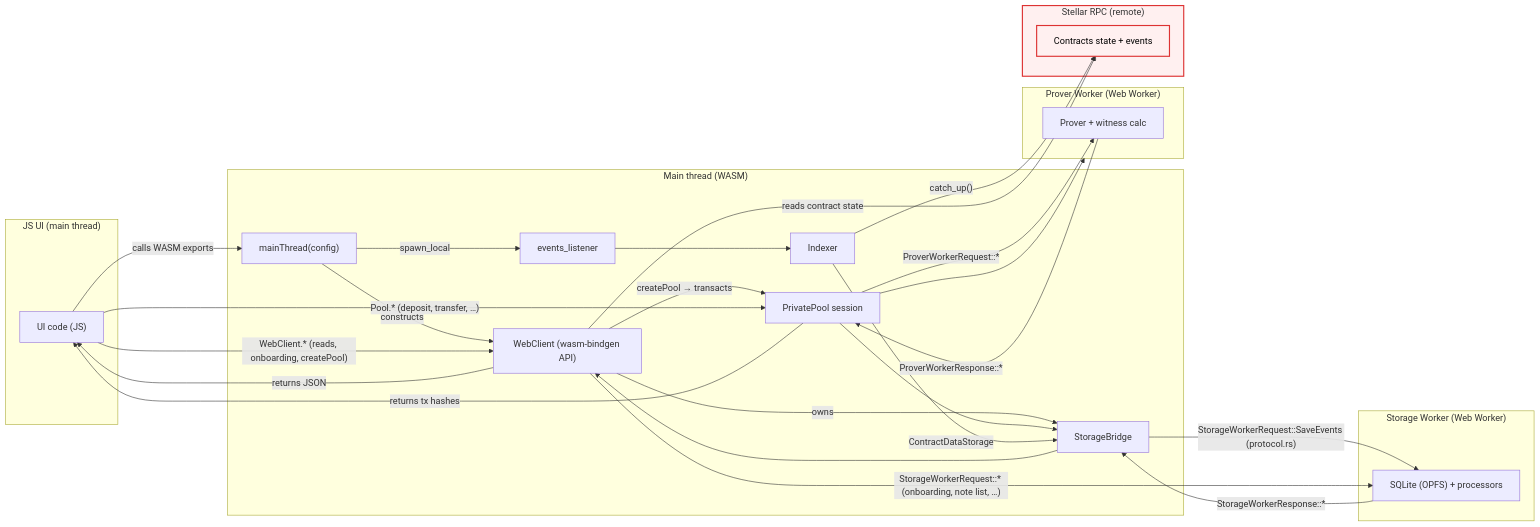
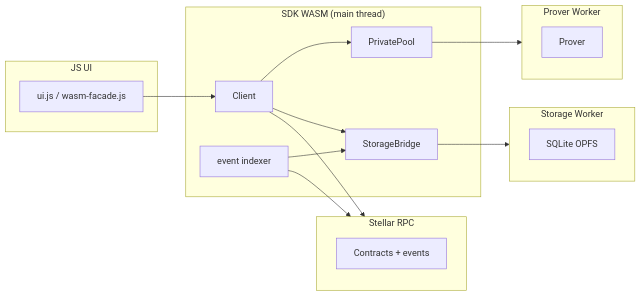
One commit to NethermindEth/stellar-private-payments changed the diagram in app/ARCHITECTURE.md. Above: the diagram before and after it, drawn with Mermaid. The commit also changed other lines of this file and 63 other files, not shown here.

````diff
--- a/app/ARCHITECTURE.md
+++ b/app/ARCHITECTURE.md
@@ -92,58 +51,34 @@
 ```mermaid
 flowchart LR
-  %% Main thread
-  subgraph JS["JS UI (main thread)"]
-    UI["UI code (JS)"]
+  subgraph JS["JS UI"]
+    UI["ui.js / wasm-facade.js"]
   end
 
-  subgraph WASM["Main thread (WASM)"]
-    MT["mainThread(config)"]
-    WC["WebClient (wasm-bindgen API)"]
-    PP["PrivatePool session"]
+  subgraph SDK["SDK WASM (main thread)"]
+    C["Client"]
+    P["PrivatePool"]
     SB["StorageBridge"]
-    EL["events_listener"]
-    IDX["Indexer"]
+    EL["event indexer"]
   end
 
-  %% Workers
-  subgraph SW["Storage Worker (Web Worker)"]
-    DB["SQLite (OPFS) + processors"]
+  subgraph SW["Storage Worker"]
+    DB["SQLite OPFS"]
   end
 
-  subgraph PW["Prover Worker (Web Worker)"]
-    PR["Prover + witness calc"]
+  subgraph PW["Prover Worker"]
+    PR["Prover"]
   end
 
-  %% Remote dependency (not local)
-  subgraph RPC["Stellar RPC (remote)"]
-    RPCAPI["Contracts state + events"]
+  subgraph RPC["Stellar RPC"]
+    RPCAPI["Contracts + events"]
   end
 
-  UI -->|"calls WASM exports"| MT
-  MT -->|"constructs"| WC
-  WC -->|"owns"| SB
-  WC -->|"createPool → transacts"| PP
-  PP --> SB
-  PP --> PW
-
-  MT -->|"spawn_local"| EL
-  EL --> IDX
-  IDX -->|"catch_up()"| RPCAPI
-  IDX -->|"ContractDataStorage"| SB
-  SB -->|"StorageWorkerRequest::SaveEvents (protocol.rs)"| DB
-
-  UI -->|"WebClient.* (reads, onboarding, createPool)"| WC
-  UI -->|"Pool.* (deposit, transfer, …)"| PP
-  WC -->|"reads contract state"| RPCAPI
-  WC -->|"StorageWorkerRequest::* (onboarding, note list, …)"| DB
-  PP -->|"ProverWorkerRequest::*"| PR
-  PR -->|"ProverWorkerResponse::*"| PP
-  DB -->|"StorageWorkerResponse::*"| SB
-  SB --> WC
-  WC -->|"returns JSON"| UI
-  PP -->|"returns tx hashes"| UI
-
-  classDef remote fill:#fff0f0,stroke:#d33,stroke-width:2px,color:#000;
-  style RPC fill:#fff0f0,stroke:#d33,stroke-width:2px;
-  class RPCAPI remote;
+  UI --> C
+  C --> P
+  C --> SB
+  EL --> SB
+  SB --> SW
+  P --> PW
+  C --> RPC
+  EL --> RPC
 ```
````
